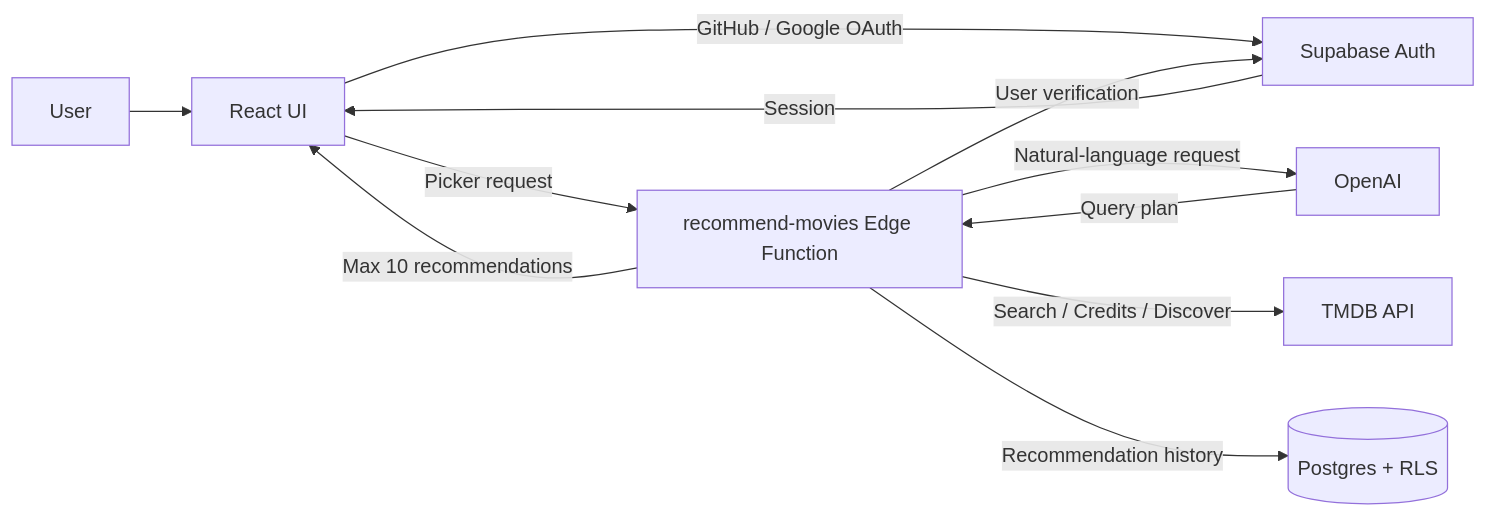
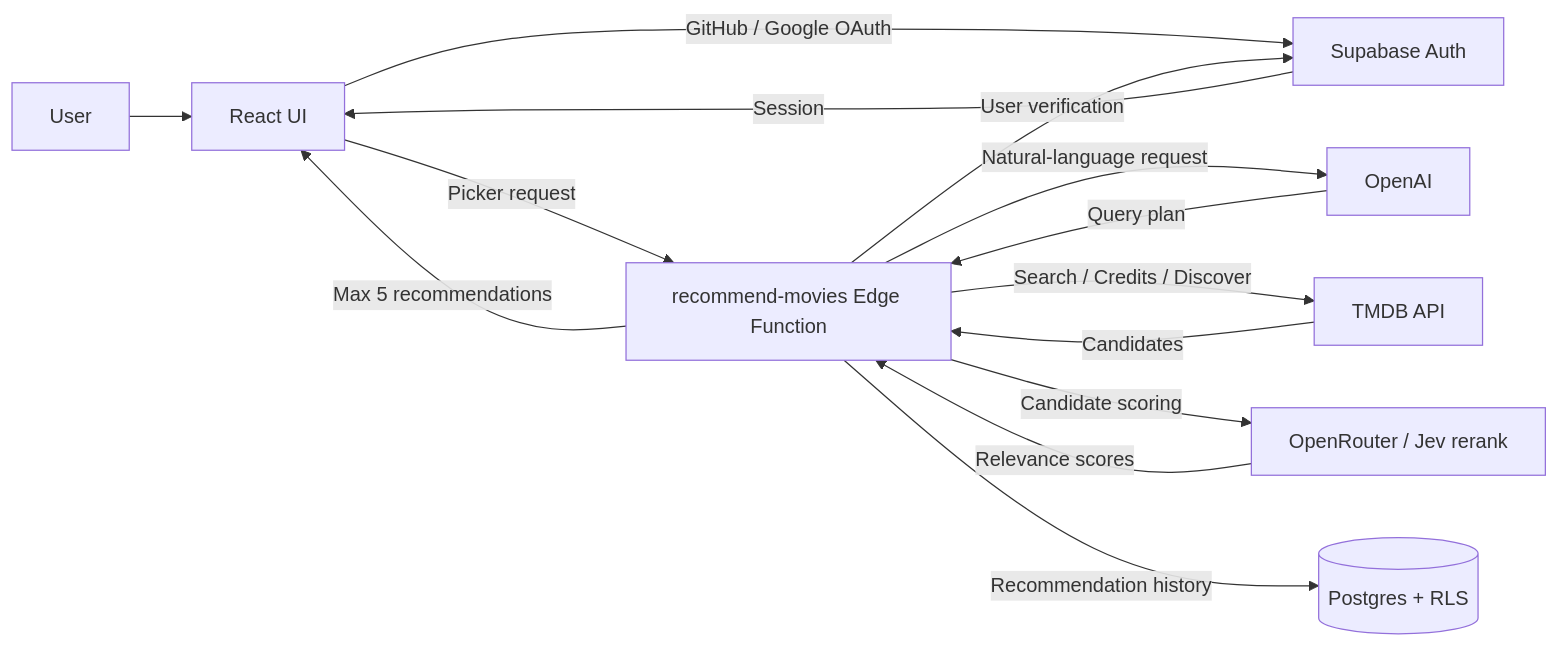
Before and after one commit to pepe1113/movie-picker: the diagram in README.ja.md, drawn with Mermaid. The commit also changed other lines of this file and 2 other files, not shown here.

Commit message:
docs: 同步三語 README 的 Jev rerank 功能介紹

````diff
--- a/README.ja.md
+++ b/README.ja.md
@@ -63,13 +64,16 @@
 ```mermaid
 flowchart LR
   User[User] --> UI[React UI]
   UI -->|GitHub / Google OAuth| Auth[Supabase Auth]
   Auth -->|Session| UI
   UI -->|Picker request| Fn[recommend-movies Edge Function]
   Fn -->|User verification| Auth
   Fn -->|Natural-language request| AI[OpenAI]
   AI -->|Query plan| Fn
   Fn -->|Search / Credits / Discover| TMDB[TMDB API]
+  TMDB -->|Candidates| Fn
+  Fn -->|Candidate scoring| Rerank[OpenRouter / Jev rerank]
+  Rerank -->|Relevance scores| Fn
   Fn -->|Recommendation history| DB[(Postgres + RLS)]
-  Fn -->|Max 10 recommendations| UI
+  Fn -->|Max 5 recommendations| UI
 ```
````
